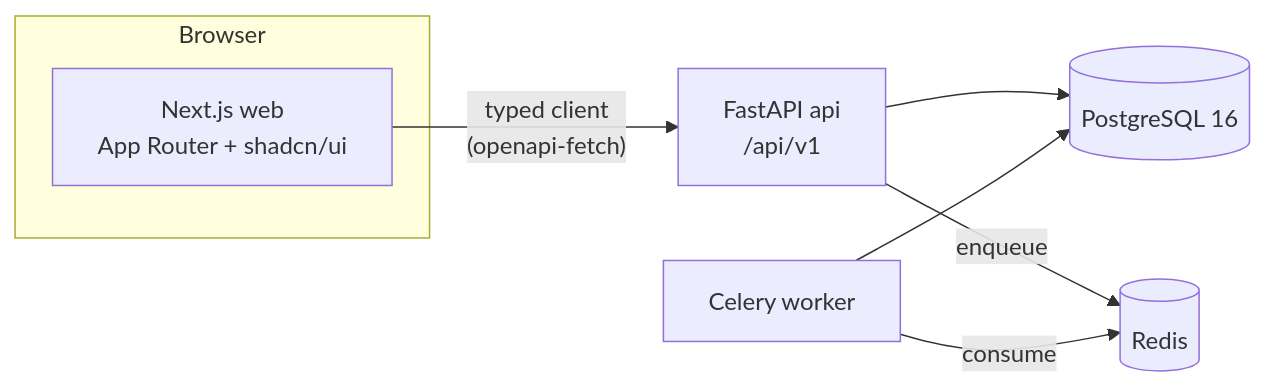
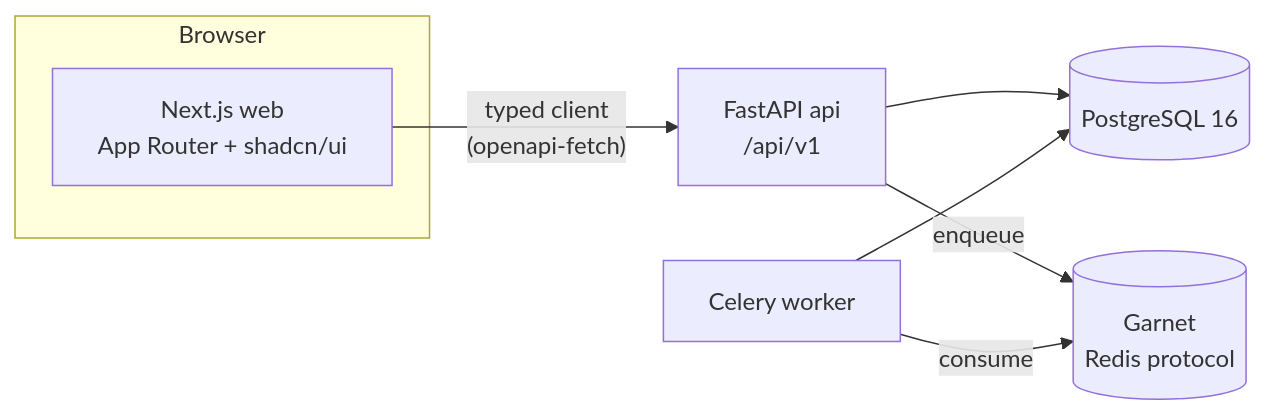
Before and after one commit to ssadman887/careledger: the first of 2 diagrams in docs/ARCHITECTURE.md, drawn with Mermaid. The commit also changed other lines of this file and 13 other files, not shown here.

````diff
--- a/docs/ARCHITECTURE.md
+++ b/docs/ARCHITECTURE.md
@@ -9,11 +9,11 @@
 ```mermaid
 flowchart LR
   subgraph Browser
     W[Next.js web<br/>App Router + shadcn/ui]
   end
   W -- "typed client<br/>(openapi-fetch)" --> A[FastAPI api<br/>/api/v1]
   A --> P[(PostgreSQL 16)]
-  A -- enqueue --> R[(Redis)]
+  A -- enqueue --> R[(Garnet<br/>Redis protocol)]
   K[Celery worker] -- consume --> R
   K --> P
 ```
````
